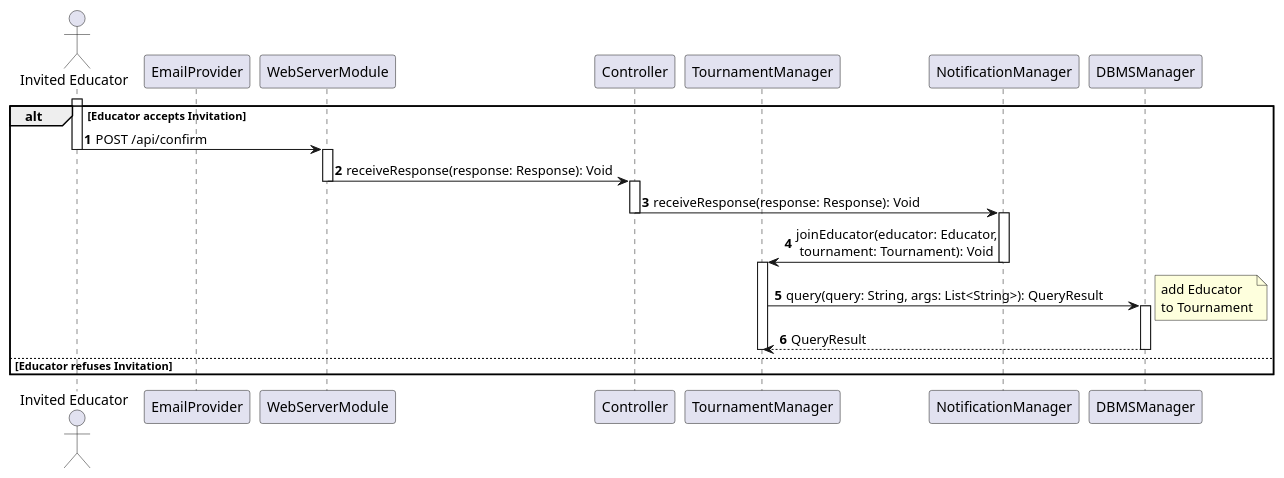
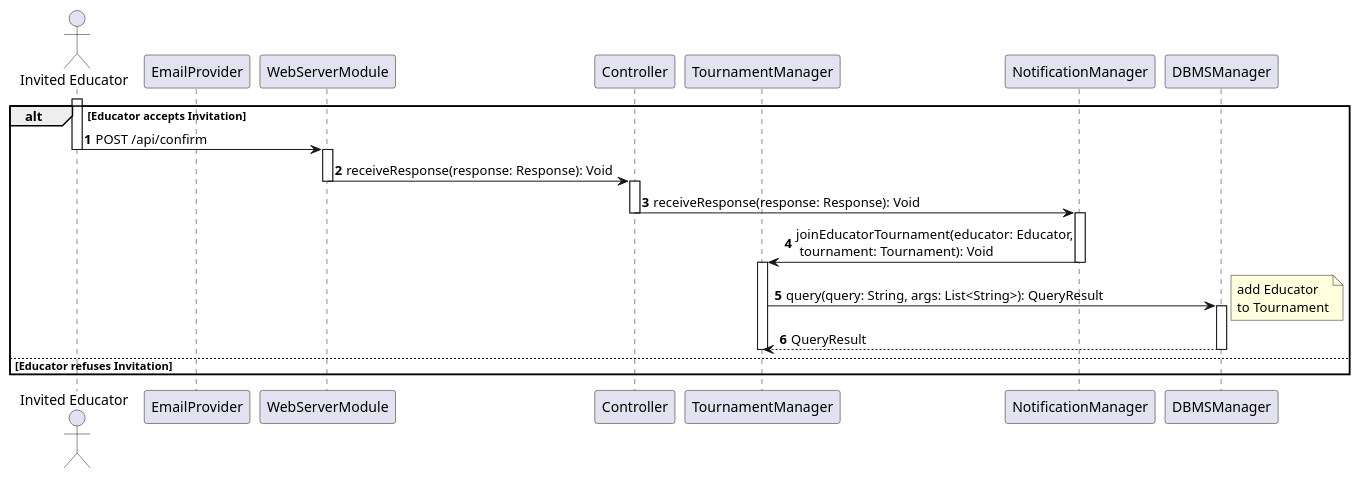
The diagram in _DD/Images/sequenceDiagrams/receiveEducatorInvitation.wsd (Angelo7672/SE2_Requirement-and-Design-Document), drawn with PlantUML before and after one commit. The commit also changed 5 other files, not shown here.

```diff
--- a/_DD/Images/sequenceDiagrams/receiveEducatorInvitation.wsd
+++ b/_DD/Images/sequenceDiagrams/receiveEducatorInvitation.wsd
@@ -1,39 +1,39 @@
 @startuml
 
 autonumber
 
 actor "Invited Educator" as U2
 participant EmailProvider as EP
 participant WebServerModule as WS
 participant Controller as C
 participant TournamentManager as TM
 participant NotificationManager as NM
 participant DBMSManager as DBMS
 
 activate U2
 alt Educator accepts Invitation
     U2 -> WS: POST /api/confirm
     deactivate U2
     activate WS
     WS -> C: receiveResponse(response: Response): Void
     deactivate WS
     activate C
     C -> NM: receiveResponse(response: Response): Void
     deactivate C
     activate NM
-    NM -> TM: joinEducator(educator: Educator,\n tournament: Tournament): Void
+    NM -> TM: joinEducatorTournament(educator: Educator,\n tournament: Tournament): Void
     deactivate NM
     activate TM
     TM -> DBMS: query(query: String, args: List<String>): QueryResult
     activate DBMS
     note right
         add Educator 
         to Tournament
     end note
     DBMS --> TM: QueryResult
     deactivate DBMS
     deactivate TM
 else Educator refuses Invitation
 end
 
 @enduml
```
